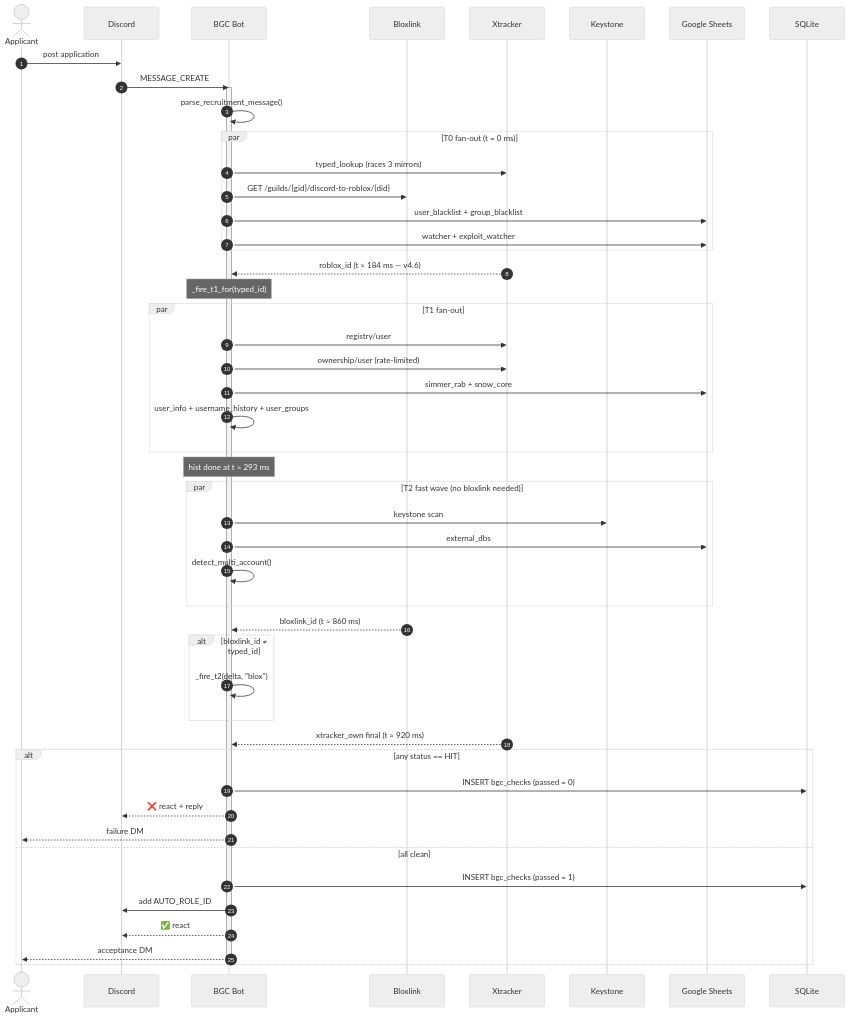
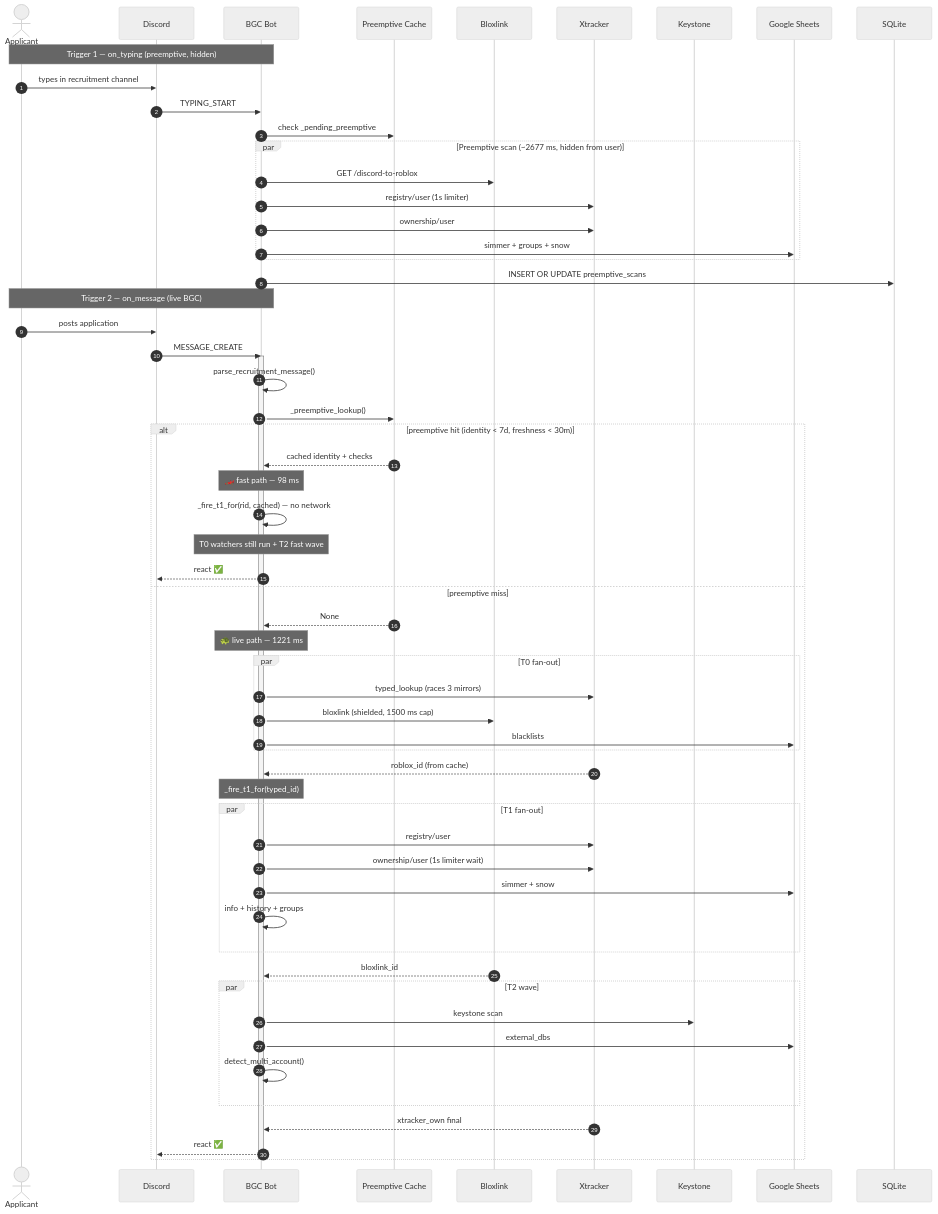
The second of 16 diagrams in README.md (pizzarobloxh/bgc-bot), drawn with Mermaid (neutral theme) before and after one commit. The commit also changed other lines of this file, not shown here.

````diff
--- a/README.md
+++ b/README.md
@@ -208,58 +218,64 @@
 ```mermaid
 sequenceDiagram
     autonumber
     actor U as Applicant
     participant D as Discord
     participant B as BGC Bot
+    participant P as Preemptive Cache
     participant BL as Bloxlink
     participant XT as Xtracker
     participant KS as Keystone
     participant GS as Google Sheets
     participant DB as SQLite
 
-    U->>D: post application
+    Note over U,B: Trigger 1 — on_typing (preemptive, hidden)
+    U->>D: types in recruitment channel
+    D->>B: TYPING_START
+    B->>P: check _pending_preemptive
+    par Preemptive scan (~2677 ms, hidden from user)
+        B->>BL: GET /discord-to-roblox
+        B->>XT: registry/user (1s limiter)
+        B->>XT: ownership/user
+        B->>GS: simmer + groups + snow
+    end
+    B->>DB: INSERT OR UPDATE preemptive_scans
+
+    Note over U,B: Trigger 2 — on_message (live BGC)
+    U->>D: posts application
     D->>B: MESSAGE_CREATE
     activate B
     B->>B: parse_recruitment_message()
-
-    par T0 fan-out (t = 0 ms)
-        B->>XT: typed_lookup (races 3 mirrors)
-        B->>BL: GET /guilds/{gid}/discord-to-roblox/{did}
-        B->>GS: user_blacklist + group_blacklist
-        B->>GS: watcher + exploit_watcher
-    end
-
-    XT-->>B: roblox_id (t ≈ 184 ms — v4.6)
-    Note over B: _fire_t1_for(typed_id)
-    par T1 fan-out
-        B->>XT: registry/user
-        B->>XT: ownership/user (rate-limited)
-        B->>GS: simmer_rab + snow_core
-        B->>B: user_info + username_history + user_groups
-    end
-
-    Note over B: hist done at t ≈ 293 ms
-    par T2 fast wave (no bloxlink needed)
-        B->>KS: keystone scan
-        B->>GS: external_dbs
-        B->>B: detect_multi_account()
-    end
-
-    BL-->>B: bloxlink_id (t ≈ 860 ms)
-    alt bloxlink_id ≠ typed_id
-        B->>B: _fire_t2(delta, "blox")
-    end
-
-    XT-->>B: xtracker_own final (t ≈ 920 ms)
-    alt any status == HIT
-        B->>DB: INSERT bgc_checks (passed = 0)
-        B-->>D: ❌ react + reply
-        B-->>U: failure DM
-    else all clean
-        B->>DB: INSERT bgc_checks (passed = 1)
-        B->>D: add AUTO_ROLE_ID
-        B-->>D: ✅ react
-        B-->>U: acceptance DM
+    B->>P: _preemptive_lookup()
+    alt preemptive hit (identity < 7d, freshness < 30m)
+        P-->>B: cached identity + checks
+        Note over B: 🏎️ fast path — 98 ms
+        B->>B: _fire_t1_for(rid, cached) — no network
+        Note over B: T0 watchers still run + T2 fast wave
+        B-->>D: react ✅
+    else preemptive miss
+        P-->>B: None
+        Note over B: 🐢 live path — 1221 ms
+        par T0 fan-out
+            B->>XT: typed_lookup (races 3 mirrors)
+            B->>BL: bloxlink (shielded, 1500 ms cap)
+            B->>GS: blacklists
+        end
+        XT-->>B: roblox_id (from cache)
+        Note over B: _fire_t1_for(typed_id)
+        par T1 fan-out
+            B->>XT: registry/user
+            B->>XT: ownership/user (1s limiter wait)
+            B->>GS: simmer + snow
+            B->>B: info + history + groups
+        end
+        BL-->>B: bloxlink_id
+        par T2 wave
+            B->>KS: keystone scan
+            B->>GS: external_dbs
+            B->>B: detect_multi_account()
+        end
+        XT-->>B: xtracker_own final
+        B-->>D: react ✅
     end
     deactivate B
 ```
````
